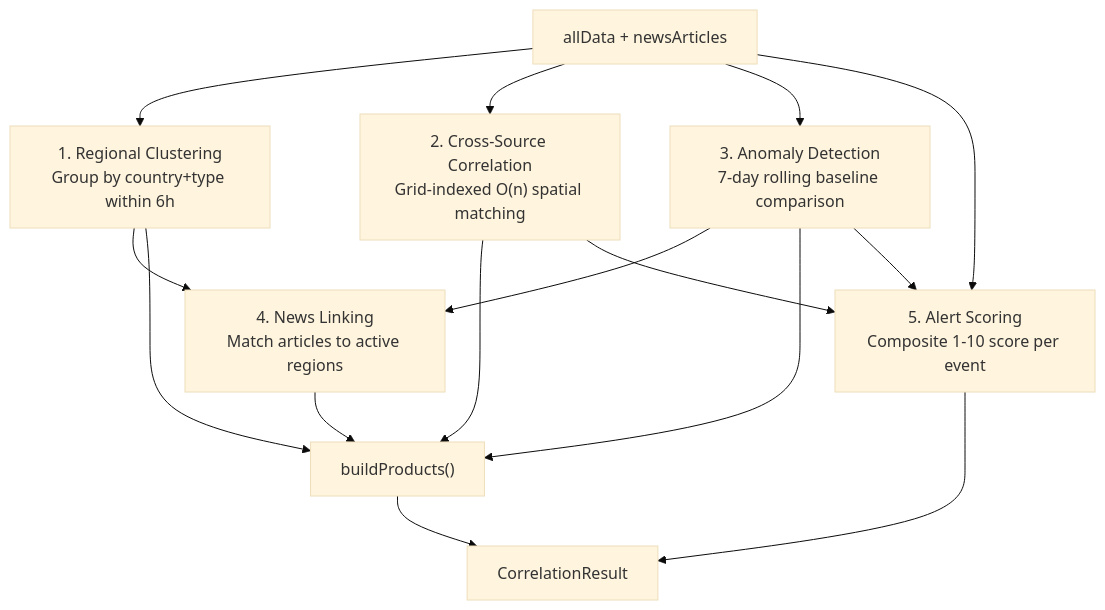
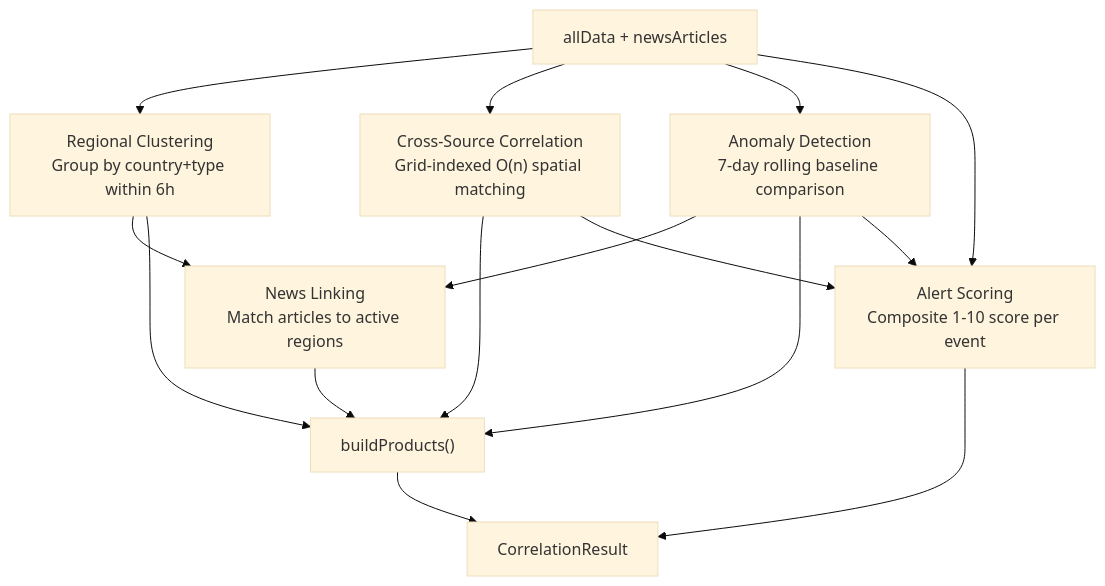
One commit to iiTONELOC/sigint changed the second of 4 diagrams in docs/data-flow.md. Above: the diagram before and after it, drawn with Mermaid (base theme). The commit also changed other lines of this file and 32 other files, not shown here.

````diff
--- a/docs/data-flow.md
+++ b/docs/data-flow.md
@@ -243,17 +239,17 @@
 ```mermaid
 flowchart TD
-    IN["allData + newsArticles"] --> CLUSTER["1. Regional Clustering<br/>Group by country+type within 6h"]
-    IN --> CROSS["2. Cross-Source Correlation<br/>Grid-indexed O(n) spatial matching"]
-    IN --> ANOMALY["3. Anomaly Detection<br/>7-day rolling baseline comparison"]
-    CLUSTER --> NEWS["4. News Linking<br/>Match articles to active regions"]
+    IN["allData + newsArticles"] --> CLUSTER["Regional Clustering<br/>Group by country+type within 6h"]
+    IN --> CROSS["Cross-Source Correlation<br/>Grid-indexed O(n) spatial matching"]
+    IN --> ANOMALY["Anomaly Detection<br/>7-day rolling baseline comparison"]
+    CLUSTER --> NEWS["News Linking<br/>Match articles to active regions"]
     ANOMALY --> NEWS
     CROSS --> PRODUCTS["buildProducts()"]
     CLUSTER --> PRODUCTS
     ANOMALY --> PRODUCTS
     NEWS --> PRODUCTS
-    IN --> ALERTS["5. Alert Scoring<br/>Composite 1-10 score per event"]
+    IN --> ALERTS["Alert Scoring<br/>Composite 1-10 score per event"]
     CROSS --> ALERTS
     ANOMALY --> ALERTS
     PRODUCTS --> OUT["CorrelationResult"]
     ALERTS --> OUT
 ```
````
